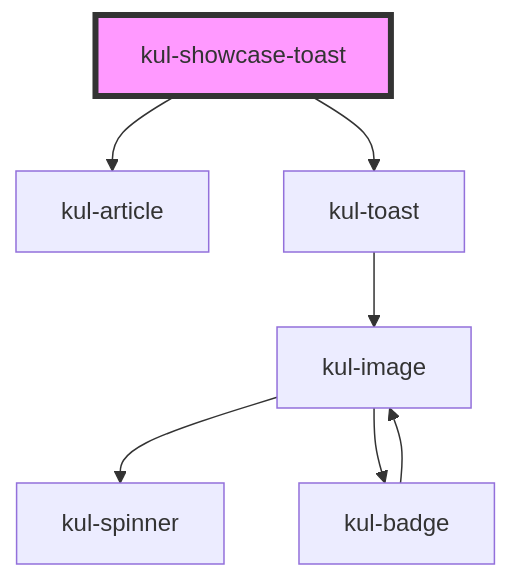
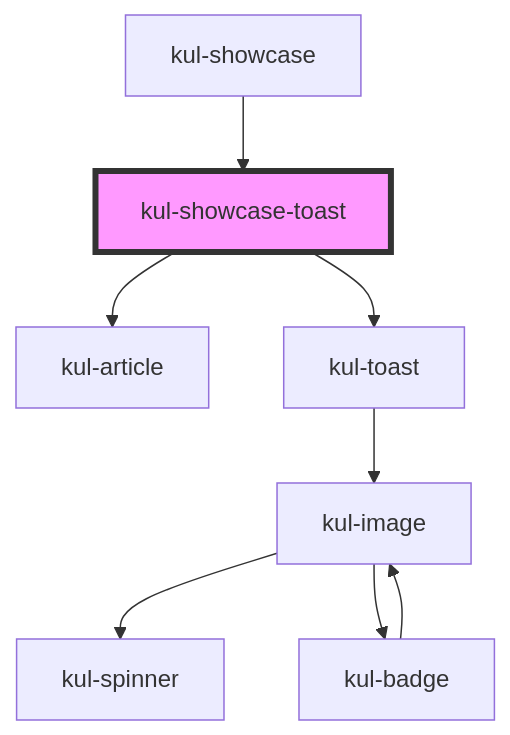
The diagram in packages/ketchup-lite/src/components/kul-showcase/components/toast/readme.md (lucafoscili/ketchup-lite), drawn with Mermaid before and after one commit. The commit also changed other lines of this file and 45 other files, not shown here.

````diff
--- a/packages/ketchup-lite/src/components/kul-showcase/components/toast/readme.md
+++ b/packages/ketchup-lite/src/components/kul-showcase/components/toast/readme.md
@@ -24,10 +28,11 @@
 ```mermaid
 graph TD;
   kul-showcase-toast --> kul-article
   kul-showcase-toast --> kul-toast
   kul-toast --> kul-image
   kul-image --> kul-spinner
   kul-image --> kul-badge
   kul-badge --> kul-image
+  kul-showcase --> kul-showcase-toast
   style kul-showcase-toast fill:#f9f,stroke:#333,stroke-width:4px
 ```
````
